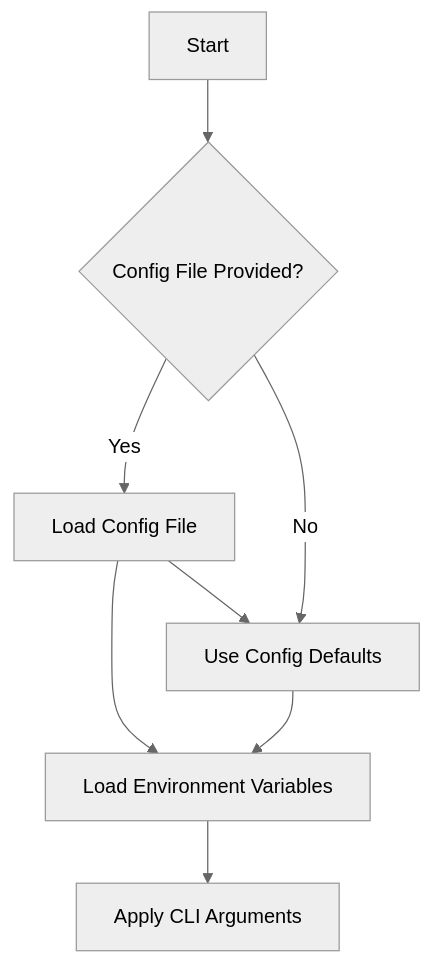
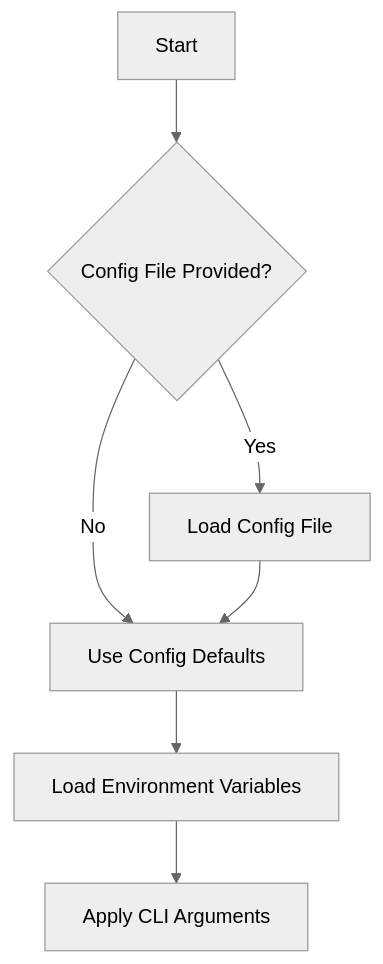
The first of 2 diagrams in readme.md (sultaniman/kpow), drawn with Mermaid (neutral theme) before and after one commit.

Commit message:
update config loading diagram

````diff
--- a/readme.md
+++ b/readme.md
@@ -47,12 +47,9 @@
 ```mermaid
 flowchart TD
     A[Start] --> B{Config File Provided?}
     B -- Yes --> C[Load Config File]
     B -- No --> D[Use Config Defaults]
-
-    C --> E[Load Environment Variables]
     C --> D
-    D --> E
-
+    D --> E[Load Environment Variables]
     E --> F[Apply CLI Arguments]
 ```
````
